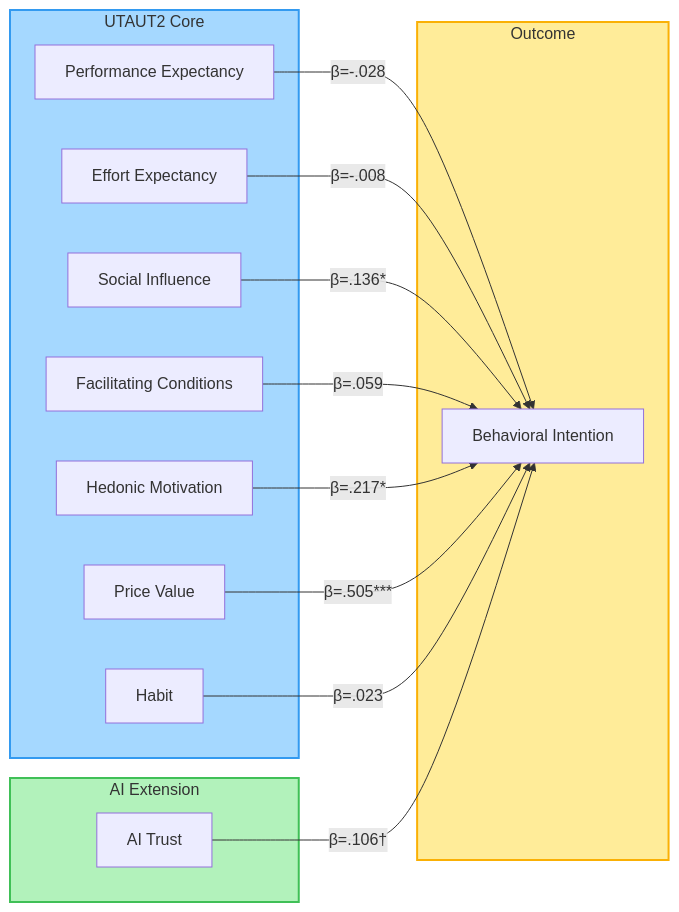
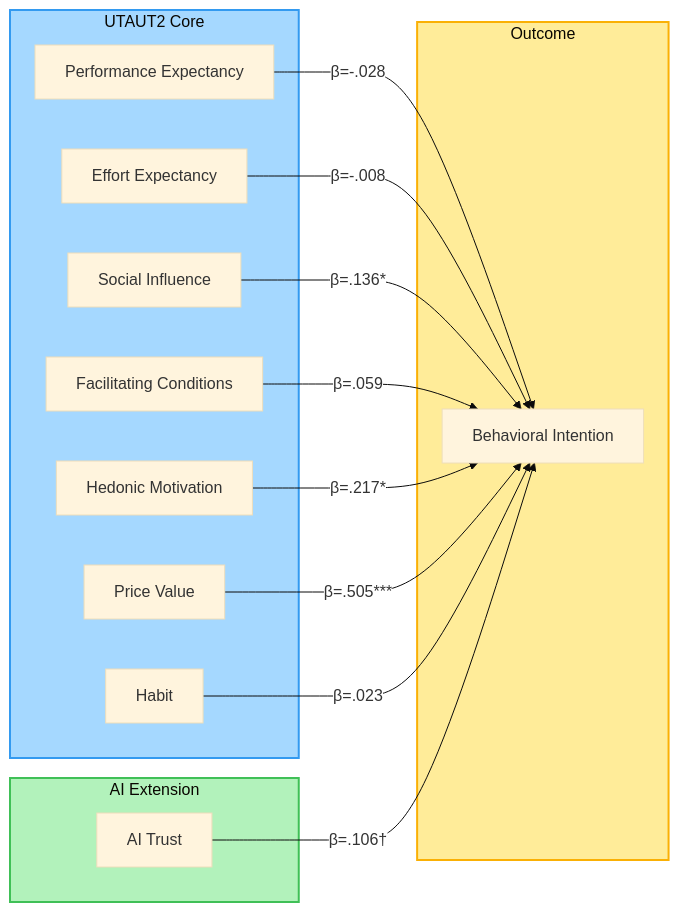
The diagram in README.md (fabioc-aloha/AIRS_Data_Analysis), drawn with Mermaid before and after one commit. The commit also changed 3 other files, not shown here.

Commit message:
style: add white background to Mermaid edge labels

````diff
--- a/README.md
+++ b/README.md
@@ -106,33 +106,34 @@
 ```mermaid
+%%{init: {'theme': 'base', 'themeVariables': {'edgeLabelBackground': '#ffffff'}}}%%
 flowchart LR
     subgraph UTAUT2["UTAUT2 Core"]
         PE[Performance Expectancy]
         EE[Effort Expectancy]
         SI[Social Influence]
         FC[Facilitating Conditions]
         HM[Hedonic Motivation]
         PV[Price Value]
         HB[Habit]
     end
 
     subgraph Extensions["AI Extension"]
         TR[AI Trust]
     end
 
     subgraph Outcome["Outcome"]
         BI[Behavioral Intention]
     end
 
     PE -->|β=-.028| BI
     EE -->|β=-.008| BI
     SI -->|β=.136*| BI
     FC -->|β=.059| BI
     HM -->|β=.217*| BI
     PV -->|β=.505***| BI
     HB -->|β=.023| BI
     TR -->|β=.106†| BI
 
     style UTAUT2 fill:#a5d8ff,stroke:#339af0,stroke-width:2px
     style Extensions fill:#b2f2bb,stroke:#40c057,stroke-width:2px
     style Outcome fill:#ffec99,stroke:#fab005,stroke-width:2px
 ```
````
